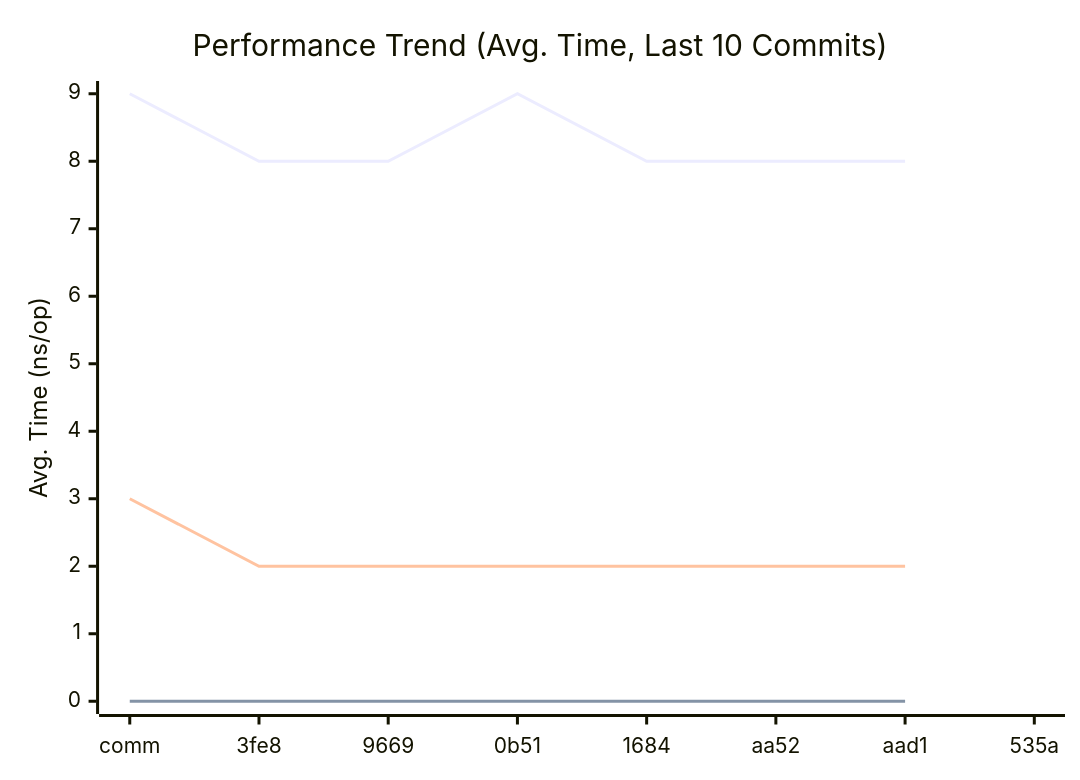
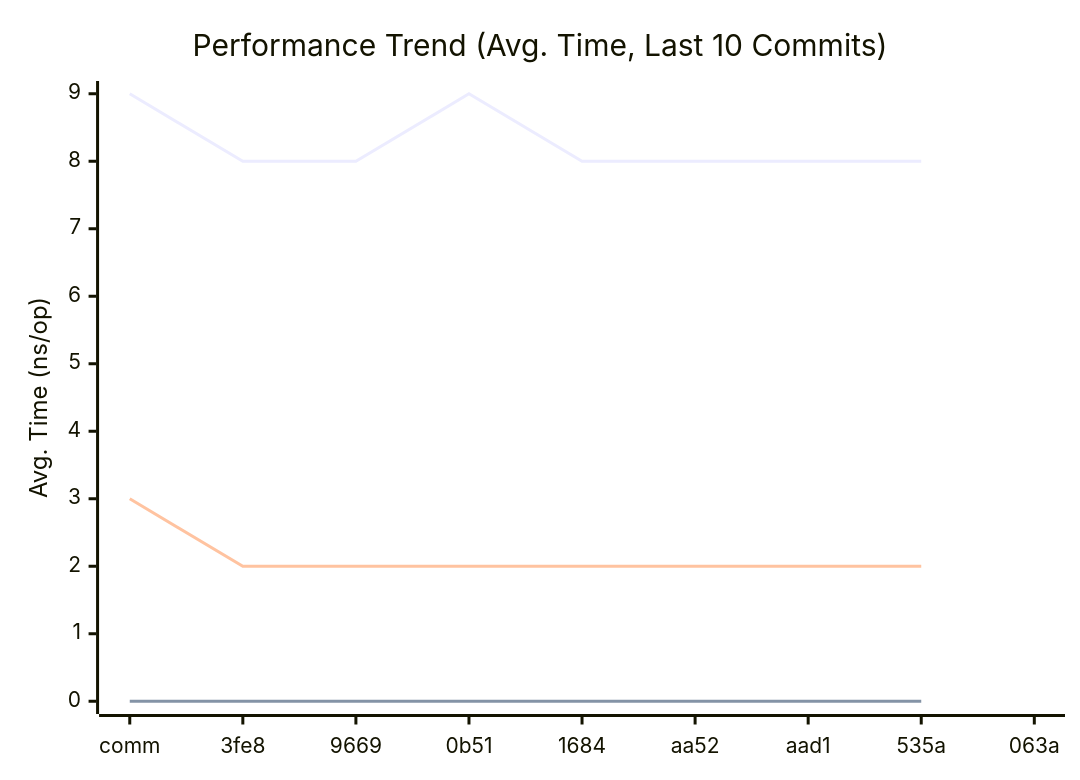
The first of 3 diagrams in doc/README.md (alsotoes/momo), drawn with Mermaid before and after one commit. The commit also changed other lines of this file and 1 other file, not shown here.

````diff
--- a/doc/README.md
+++ b/doc/README.md
@@ -290,10 +290,10 @@
 ```mermaid
 xychart-beta
     title "Performance Trend (Avg. Time, Last 10 Commits)"
     x-axis "Commit"
     y-axis "Avg. Time (ns/op)"
-    x-axis [comm,3fe8,9669,0b51,1684,aa52,aad1,535a]
-    line "CheckMetricsAndSwap" [9,8,8,9,8,8,8]
-    line "IndexDirectTracking" [0,0,0,0,0,0,0]
-    line "IndexSearch" [3,2,2,2,2,2,2]
+    x-axis [comm,3fe8,9669,0b51,1684,aa52,aad1,535a,063a]
+    line "CheckMetricsAndSwap" [9,8,8,9,8,8,8,8]
+    line "IndexDirectTracking" [0,0,0,0,0,0,0,0]
+    line "IndexSearch" [3,2,2,2,2,2,2,2]
 ```
````
